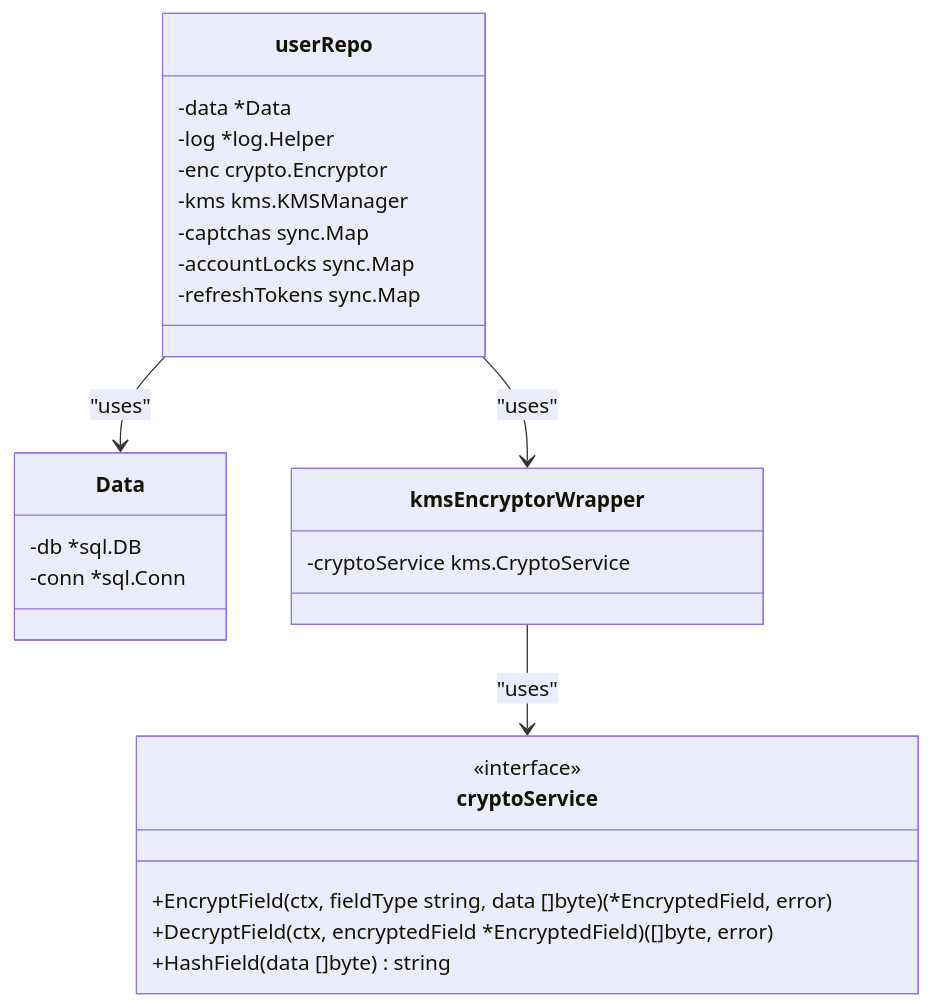
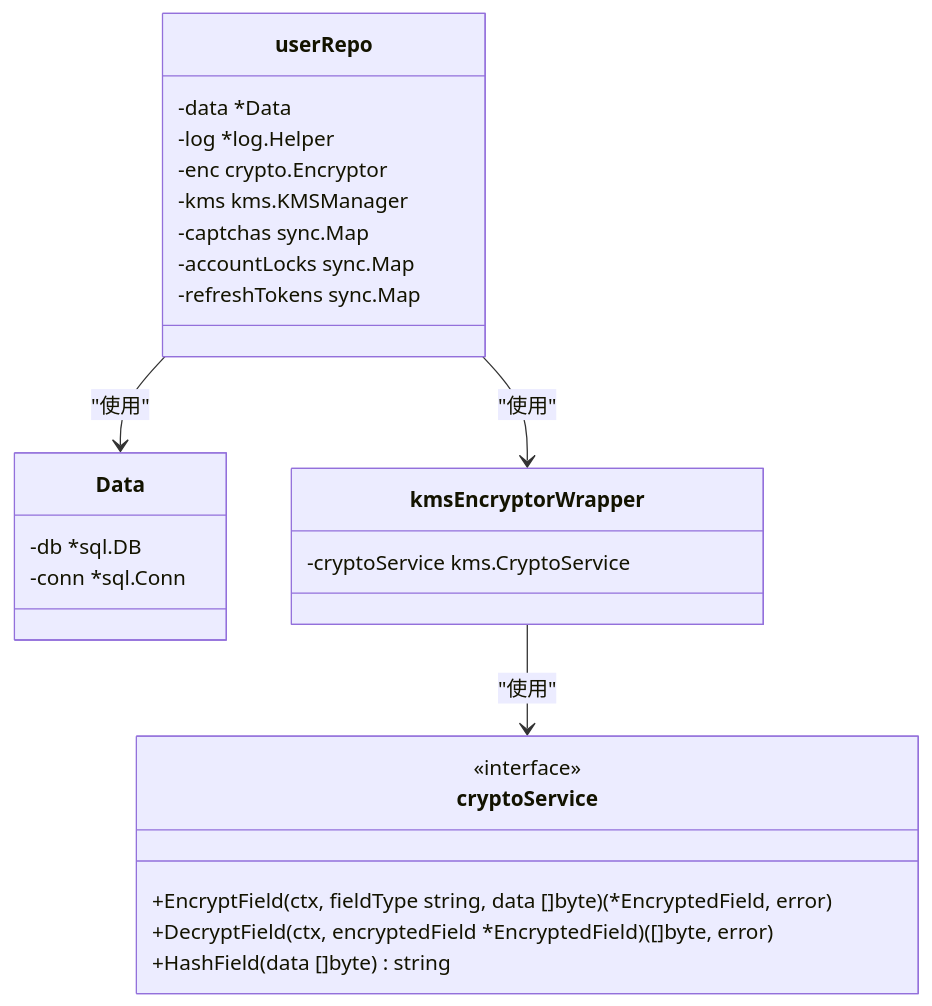
Before and after one commit to 26huitailang/kratos-boilerplate: the fourth of 8 diagrams in .qoder/repowiki/zh/content/Development Guide/Adding New Features.md, drawn with Mermaid. The commit also changed other lines of this file and 62 other files, not shown here.

````diff
--- a/.qoder/repowiki/zh/content/Development Guide/Adding New Features.md
+++ b/.qoder/repowiki/zh/content/Development Guide/Adding New Features.md
@@ -155,28 +165,28 @@
 ```mermaid
 classDiagram
 class userRepo {
 -data *Data
 -log *log.Helper
 -enc crypto.Encryptor
 -kms kms.KMSManager
 -captchas sync.Map
 -accountLocks sync.Map
 -refreshTokens sync.Map
 }
 class Data {
 -db *sql.DB
 -conn *sql.Conn
 }
-userRepo --> Data : "uses"
+userRepo --> Data : "使用"
 class kmsEncryptorWrapper {
 -cryptoService kms.CryptoService
 }
-userRepo --> kmsEncryptorWrapper : "uses"
+userRepo --> kmsEncryptorWrapper : "使用"
 class cryptoService {
 <<interface>>
 +EncryptField(ctx, fieldType string, data []byte) (*EncryptedField, error)
 +DecryptField(ctx, encryptedField *EncryptedField) ([]byte, error)
 +HashField(data []byte) string
 }
-kmsEncryptorWrapper --> cryptoService : "uses"
+kmsEncryptorWrapper --> cryptoService : "使用"
 ```
````
